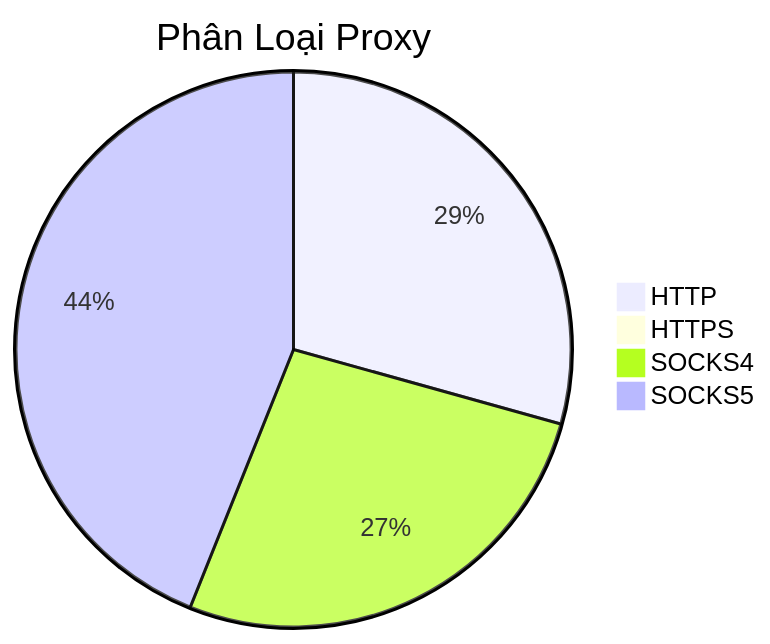
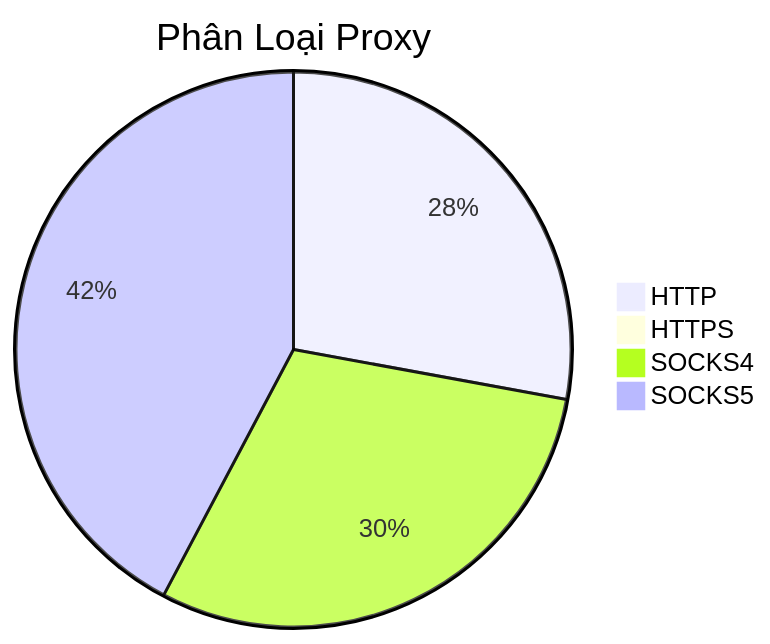
Before and after one commit to Ciara-Aa/PROXY-free: the diagram in README.md, drawn with Mermaid. The commit also changed other lines of this file and 4 other files, not shown here.

````diff
--- a/README.md
+++ b/README.md
@@ -26,7 +26,7 @@
 ```mermaid
 pie title Phân Loại Proxy
-    "HTTP" : 249
-    "HTTPS" : 4
-    "SOCKS4" : 227
-    "SOCKS5" : 373
+    "HTTP" : 254
+    "HTTPS" : 3
+    "SOCKS4" : 272
+    "SOCKS5" : 385
 ```
````
